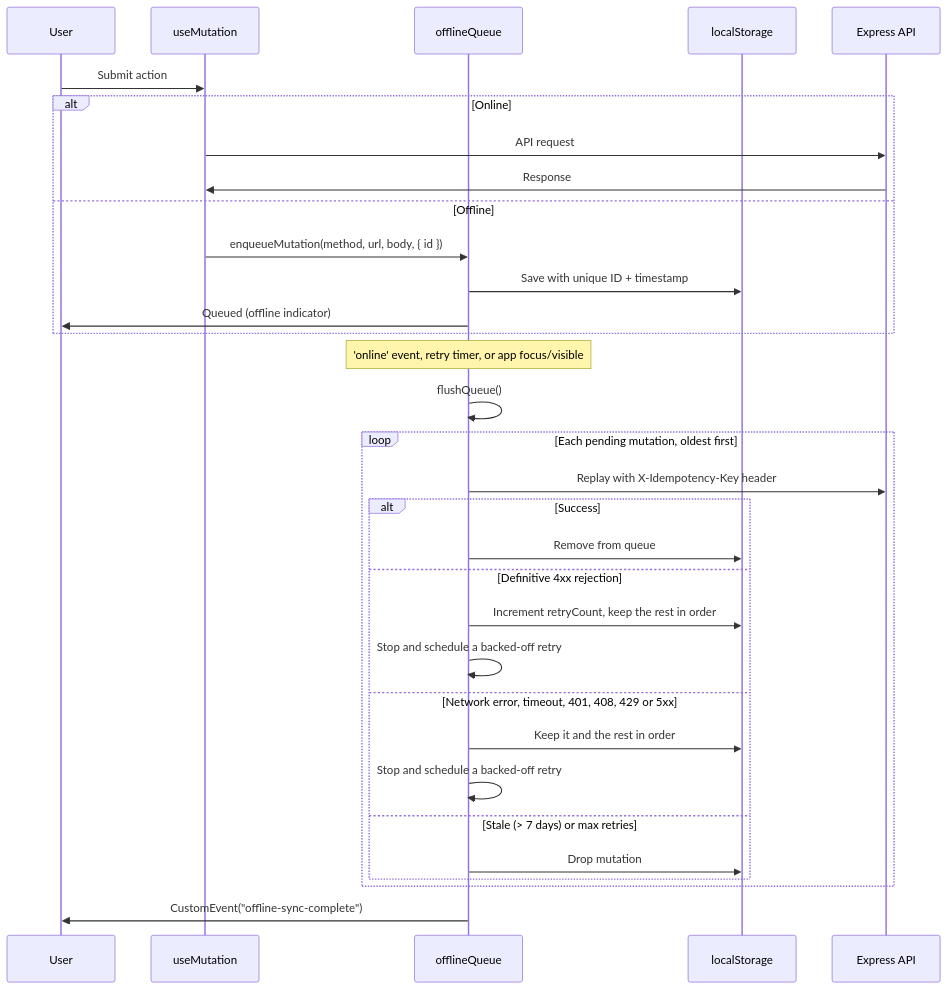
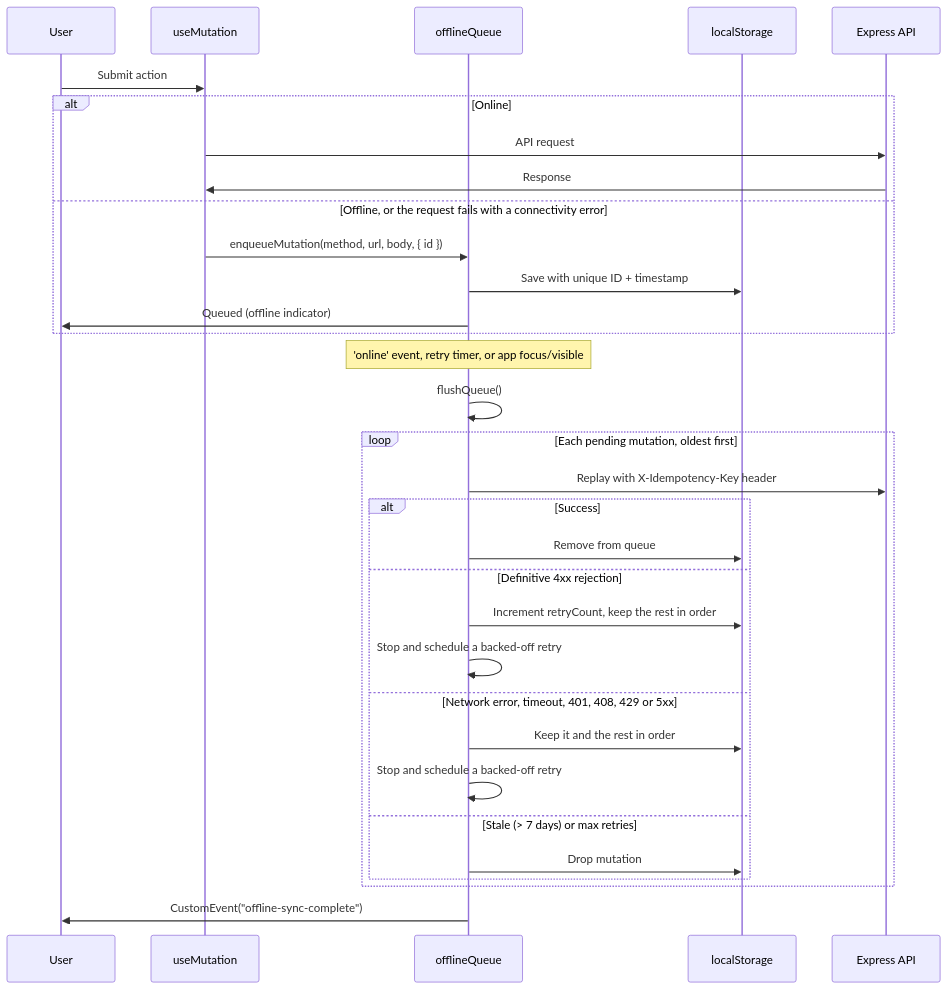
One commit to daler91/Hyrox-Companion changed the second of 2 diagrams in docs/state-management.md. Above: the diagram before and after it, drawn with Mermaid. The commit also changed other lines of this file and 1 other file, not shown here.

````diff
--- a/docs/state-management.md
+++ b/docs/state-management.md
@@ -295,36 +302,36 @@
 ```mermaid
 sequenceDiagram
     participant User
     participant Hook as useMutation
     participant Queue as offlineQueue
     participant Storage as localStorage
     participant Server as Express API
     
     User->>Hook: Submit action
     alt Online
         Hook->>Server: API request
         Server->>Hook: Response
-    else Offline
+    else Offline, or the request fails with a connectivity error
         Hook->>Queue: enqueueMutation(method, url, body, { id })
         Queue->>Storage: Save with unique ID + timestamp
         Queue->>User: Queued (offline indicator)
     end
     
     Note over Queue: 'online' event, retry timer, or app focus/visible
     Queue->>Queue: flushQueue()
     loop Each pending mutation, oldest first
         Queue->>Server: Replay with X-Idempotency-Key header
         alt Success
             Queue->>Storage: Remove from queue
         else Definitive 4xx rejection
             Queue->>Storage: Increment retryCount, keep the rest in order
             Queue->>Queue: Stop and schedule a backed-off retry
         else Network error, timeout, 401, 408, 429 or 5xx
             Queue->>Storage: Keep it and the rest in order
             Queue->>Queue: Stop and schedule a backed-off retry
         else Stale (> 7 days) or max retries
             Queue->>Storage: Drop mutation
         end
     end
     Queue->>User: CustomEvent("offline-sync-complete")
 ```
````
